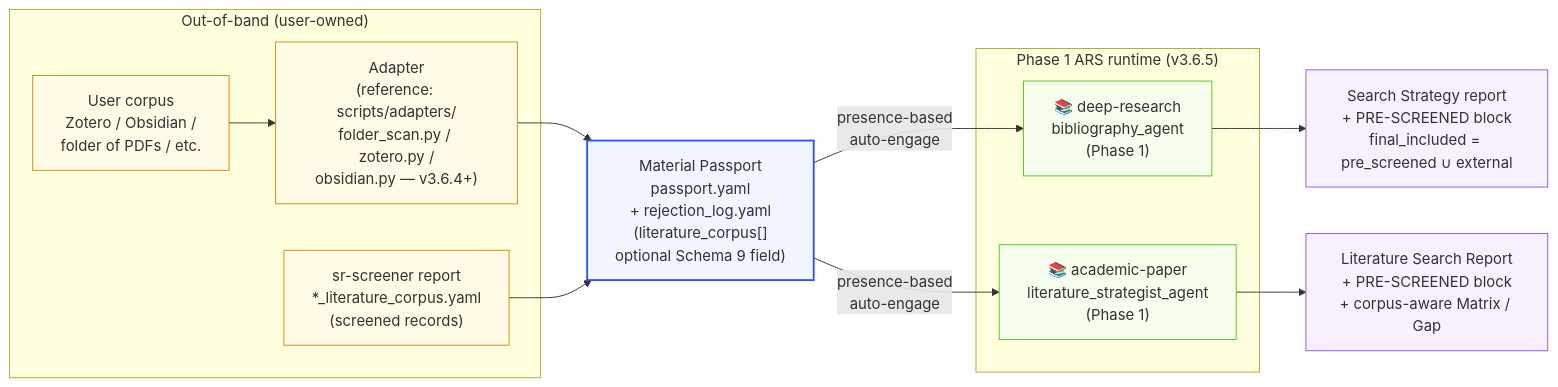
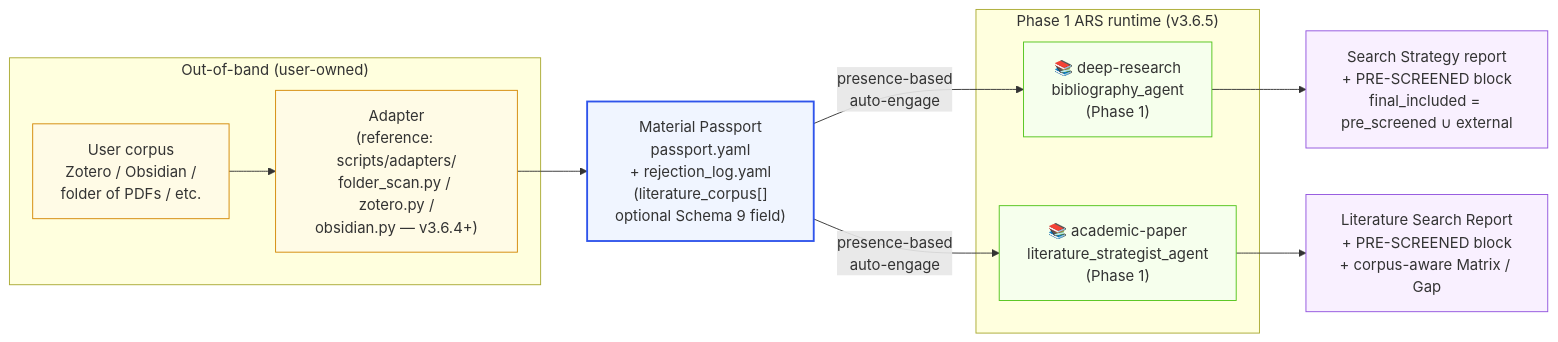
Before and after one commit to Imbad0202/academic-research-skills: the third of 5 diagrams in docs/ARCHITECTURE.md, drawn with Mermaid. The commit also changed other lines of this file and 46 other files, not shown here.

````diff
--- a/docs/ARCHITECTURE.md
+++ b/docs/ARCHITECTURE.md
@@ -169,29 +169,27 @@
 ```mermaid
 flowchart LR
     subgraph Producer["Out-of-band (user-owned)"]
         Source[User corpus<br/>Zotero / Obsidian /<br/>folder of PDFs / etc.]
         Adapter["Adapter<br/>(reference: scripts/adapters/<br/>folder_scan.py / zotero.py /<br/>obsidian.py — v3.6.4+)"]
         Source --> Adapter
-        Screener["sr-screener report<br/>*_literature_corpus.yaml<br/>(screened records)"]
     end
     Passport["Material Passport<br/>passport.yaml<br/>+ rejection_log.yaml<br/>(literature_corpus[]<br/>optional Schema 9 field)"]
     Adapter --> Passport
-    Screener --> Passport
     subgraph Consumer["Phase 1 ARS runtime (v3.6.5)"]
         BA["📚 deep-research<br/>bibliography_agent<br/>(Phase 1)"]
         LS["📚 academic-paper<br/>literature_strategist_agent<br/>(Phase 1)"]
     end
     Passport -- presence-based<br/>auto-engage --> BA
     Passport -- presence-based<br/>auto-engage --> LS
     BA --> SR1[Search Strategy report<br/>+ PRE-SCREENED block<br/>final_included = pre_screened ∪ external]
     LS --> SR2[Literature Search Report<br/>+ PRE-SCREENED block<br/>+ corpus-aware Matrix / Gap]
 
     classDef producer fill:#fffbe6,stroke:#d48806
     classDef passport fill:#f0f5ff,stroke:#2f54eb,stroke-width:2px
     classDef consumer fill:#f6ffed,stroke:#52c41a
     classDef report fill:#f9f0ff,stroke:#9254de
-    class Source,Adapter,Screener producer
+    class Source,Adapter producer
     class Passport passport
     class BA,LS consumer
     class SR1,SR2 report
 ```
````
